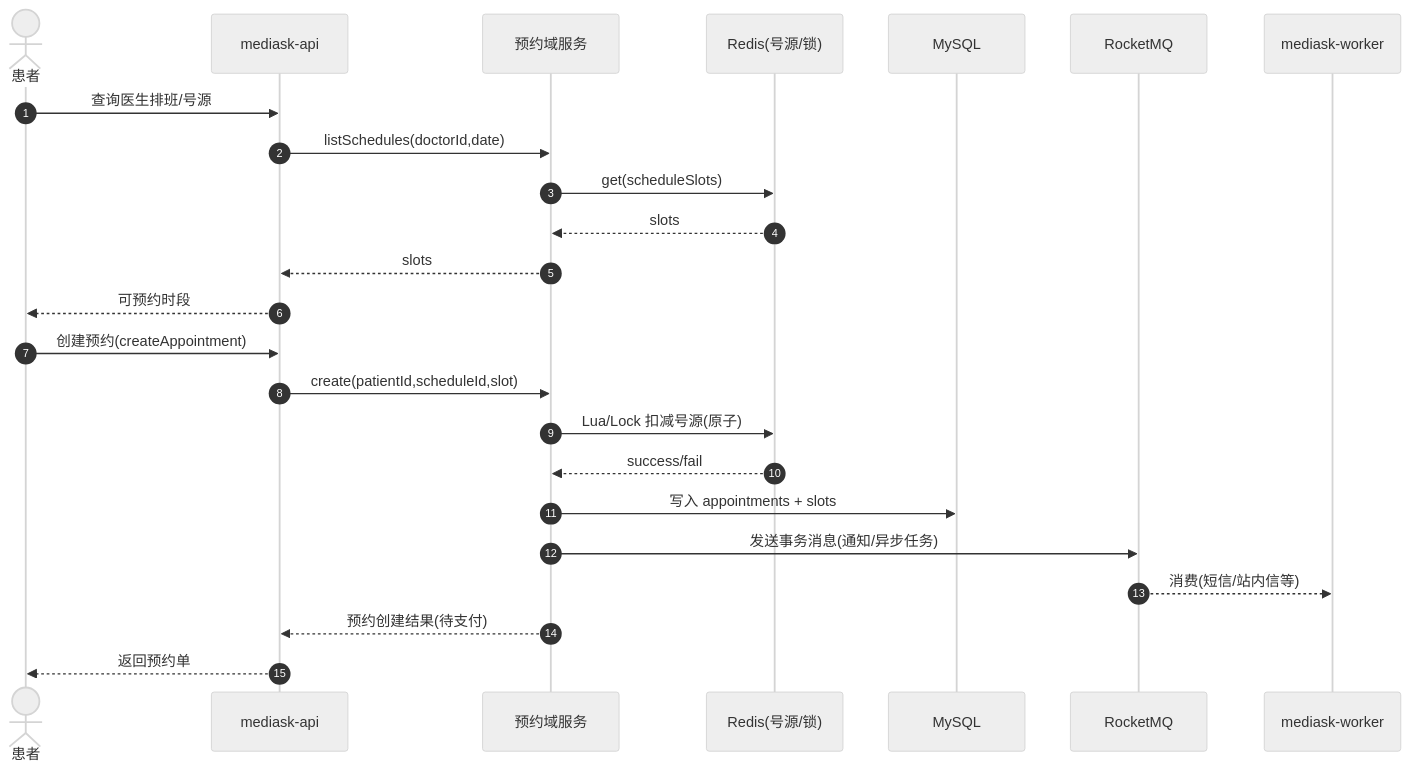
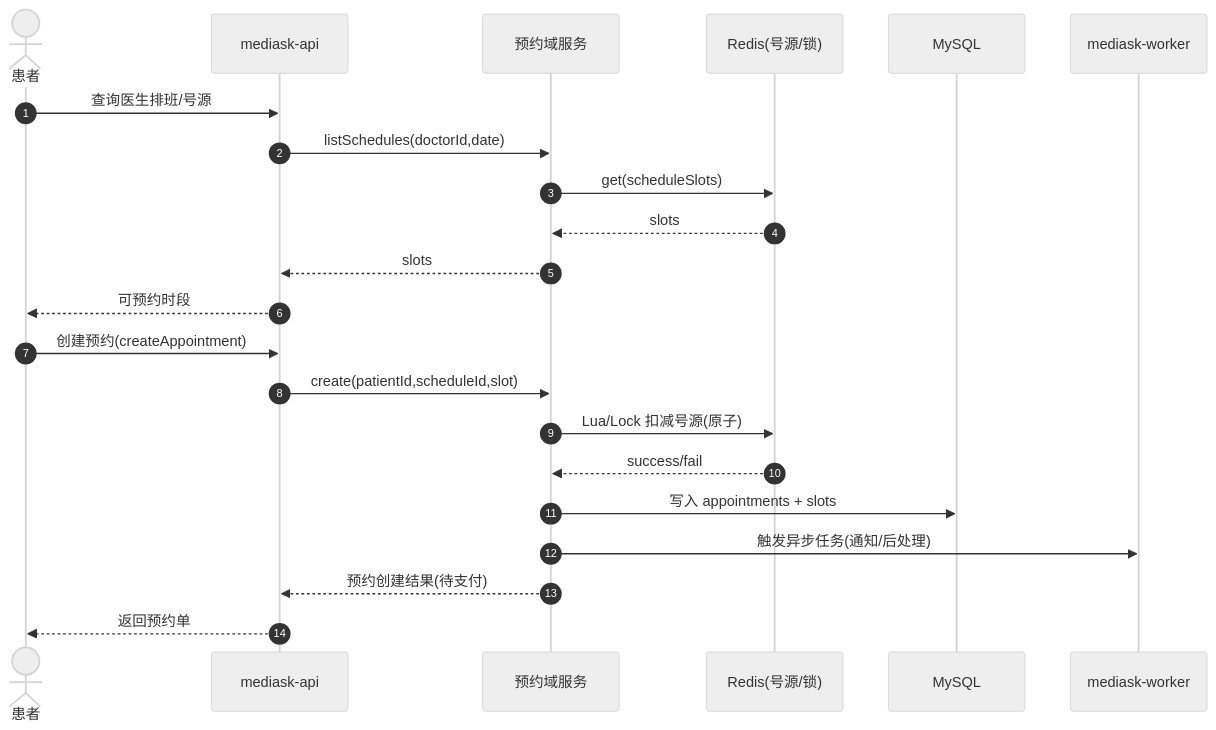
Before and after one commit to JianwenShaw/MediAskDocs: the first of 2 diagrams in PROJECT_PLAN.md, drawn with Mermaid (neutral theme). The commit also changed other lines of this file and 12 other files, not shown here.

````diff
--- a/PROJECT_PLAN.md
+++ b/PROJECT_PLAN.md
@@ -107,28 +107,26 @@
 ```mermaid
 sequenceDiagram
     autonumber
     actor Patient as 患者
     participant API as mediask-api
     participant Appt as 预约域服务
     participant Redis as Redis(号源/锁)
     participant DB as MySQL
-    participant MQ as RocketMQ
     participant Worker as mediask-worker
 
     Patient->>API: 查询医生排班/号源
     API->>Appt: listSchedules(doctorId,date)
     Appt->>Redis: get(scheduleSlots)
     Redis-->>Appt: slots
     Appt-->>API: slots
     API-->>Patient: 可预约时段
 
     Patient->>API: 创建预约(createAppointment)
     API->>Appt: create(patientId,scheduleId,slot)
     Appt->>Redis: Lua/Lock 扣减号源(原子)
     Redis-->>Appt: success/fail
     Appt->>DB: 写入 appointments + slots
-    Appt->>MQ: 发送事务消息(通知/异步任务)
-    MQ-->>Worker: 消费(短信/站内信等)
+    Appt->>Worker: 触发异步任务(通知/后处理)
     Appt-->>API: 预约创建结果(待支付)
     API-->>Patient: 返回预约单
 ```
````
